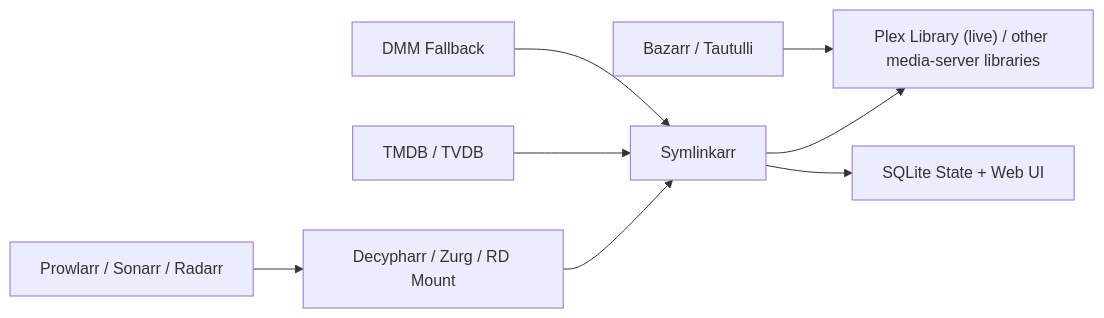
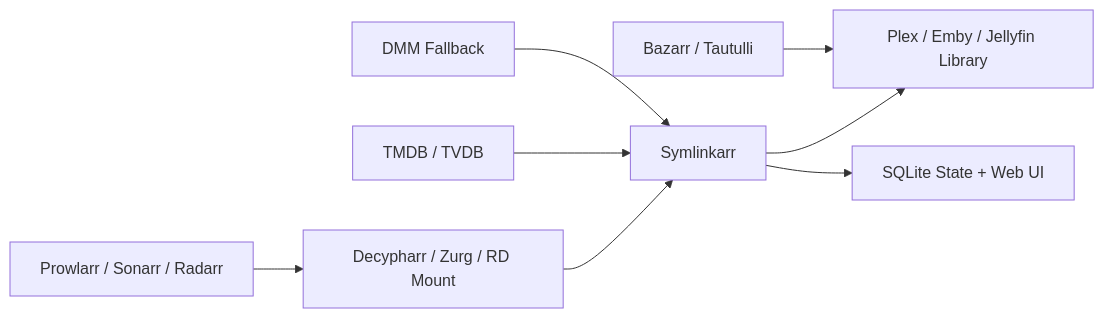
Before and after one commit to LAP87/Symlinkarr: the diagram in README.md, drawn with Mermaid. The commit also changed other lines of this file and 18 other files, not shown here.

Commit message:
feat: add emby and jellyfin media-server adapters

````diff
--- a/README.md
+++ b/README.md
@@ -57,10 +56,10 @@
 ```mermaid
 flowchart LR
     A["Prowlarr / Sonarr / Radarr"] --> B["Decypharr / Zurg / RD Mount"]
     B --> C["Symlinkarr"]
     D["TMDB / TVDB"] --> C
     E["DMM Fallback"] --> C
-    C --> F["Plex Library (live) / other media-server libraries"]
+    C --> F["Plex / Emby / Jellyfin Library"]
     C --> G["SQLite State + Web UI"]
     H["Bazarr / Tautulli"] --> F
 ```
````
